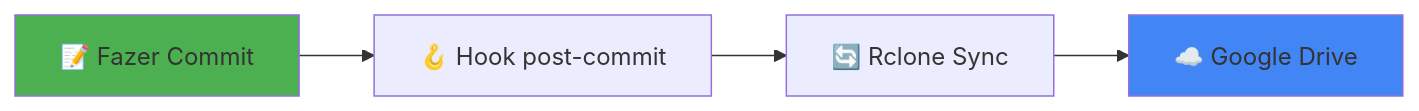
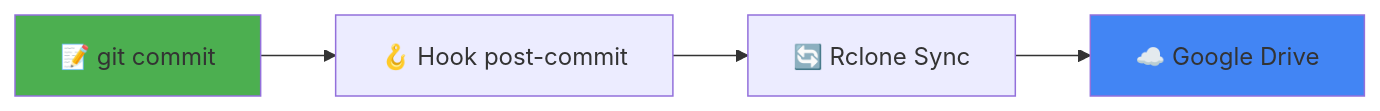
The first of 2 diagrams in README.md (StephanyeCunto/TCC_Java_Thread_Benchmark), drawn with Mermaid before and after one commit. The commit also changed other lines of this file and 1 other file, not shown here.

````diff
--- a/README.md
+++ b/README.md
@@ -82,9 +75,8 @@
 ```mermaid
 flowchart LR
-    A[📝 Fazer Commit] --> B[🪝 Hook post-commit]
+    A[📝 git commit] --> B[🪝 Hook post-commit]
     B --> C[🔄 Rclone Sync]
     C --> D[☁️ Google Drive]
-    
     style A fill:#4CAF50
     style D fill:#4285F4
 ```
````
